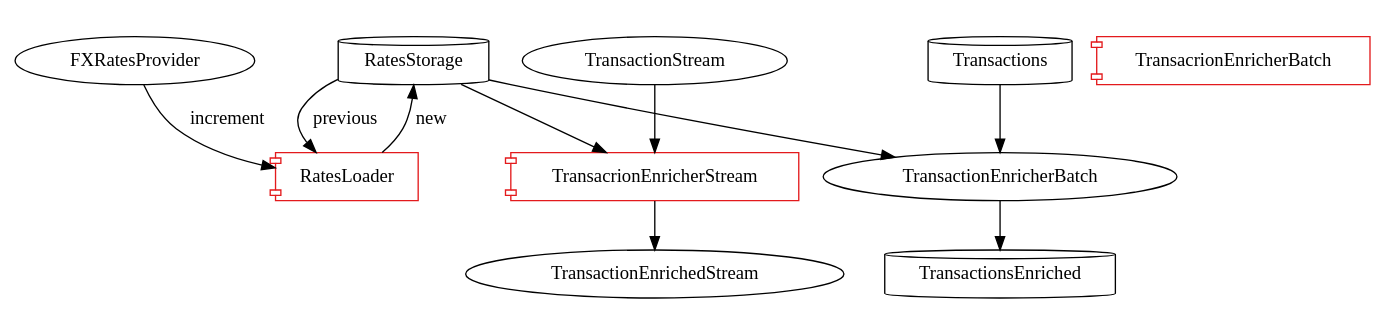
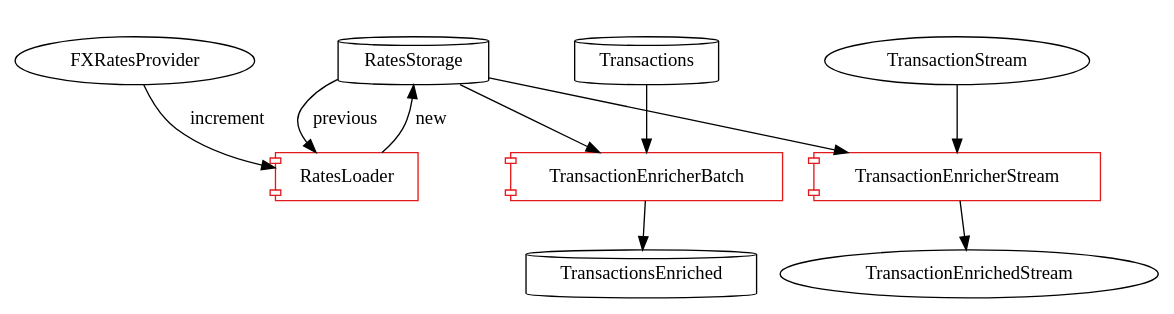
The diagram in README.org (velppa/spark-currency-conversion), drawn with Graphviz before and after one commit. The commit also changed 1 other file, not shown here.

Commit message:
Fix typo on a diagram

```diff
--- a/README.org
+++ b/README.org
@@ -26,34 +26,34 @@
 #+begin_src dot :file assets/flow.svg :exports results
 
 digraph CurrencyConversion {
 node[colorscheme=paired8]
 
 subgraph cluster_Rates{
   style=invis
   RatesStorage [shape=cylinder]
   RatesLoader [shape=component; color=6]
 }
 
 {
   Transactions [shape=cylinder]
   TransactionsEnriched [shape=cylinder]
   TransactionsTopic [label="TransactionEnrichedStream"]
 
-  TransacrionEnricherBatch [shape=component; color=6]
-  TransacrionEnricherStream [shape=component; color=6]
+  TransactionEnricherBatch [shape=component; color=6]
+  TransactionEnricherStream [shape=component; color=6]
 }
 
 RatesStorage -> RatesLoader [label="previous   "]
 FXRatesProvider -> RatesLoader [label="increment   "]
 RatesLoader -> RatesStorage [label="new   "]
 
 Transactions -> TransactionEnricherBatch
 RatesStorage -> TransactionEnricherBatch
 TransactionEnricherBatch -> TransactionsEnriched
 
-TransactionStream -> TransacrionEnricherStream
-RatesStorage -> TransacrionEnricherStream
-TransacrionEnricherStream -> TransactionsTopic
+TransactionStream -> TransactionEnricherStream
+RatesStorage -> TransactionEnricherStream
+TransactionEnricherStream -> TransactionsTopic
 }
 
 #+end_src
```
